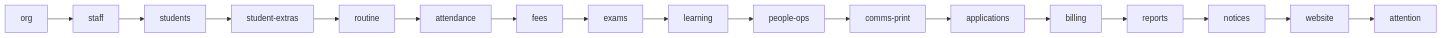
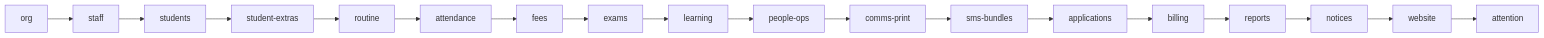
One commit to tareq89/biddaloy changed the second of 11 diagrams in docs/architecture/22-demo-seed.md. Above: the diagram before and after it, drawn with Mermaid. The commit also changed other lines of this file and 6 other files, not shown here.

````diff
--- a/docs/architecture/22-demo-seed.md
+++ b/docs/architecture/22-demo-seed.md
@@ -78,4 +78,4 @@
 ```mermaid
 flowchart LR
-  org --> staff --> students --> student-extras --> routine --> attendance --> fees --> exams --> learning --> people-ops --> comms-print --> applications --> billing --> reports --> notices --> website --> attention
+  org --> staff --> students --> student-extras --> routine --> attendance --> fees --> exams --> learning --> people-ops --> comms-print --> sms-bundles --> applications --> billing --> reports --> notices --> website --> attention
 ```
````
